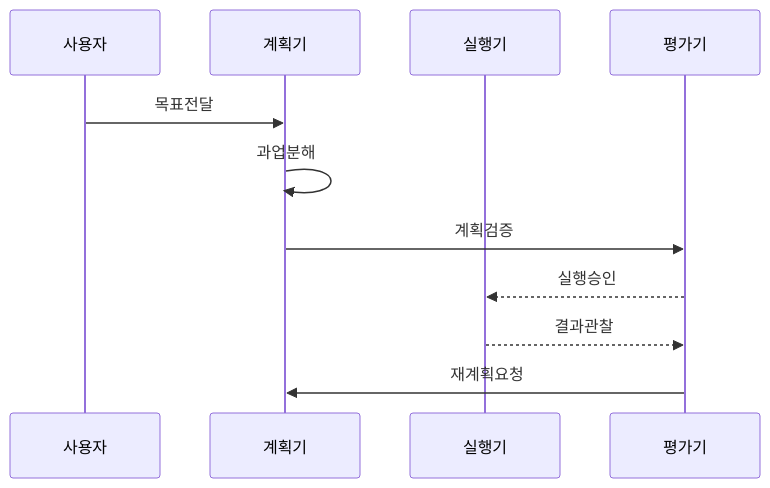
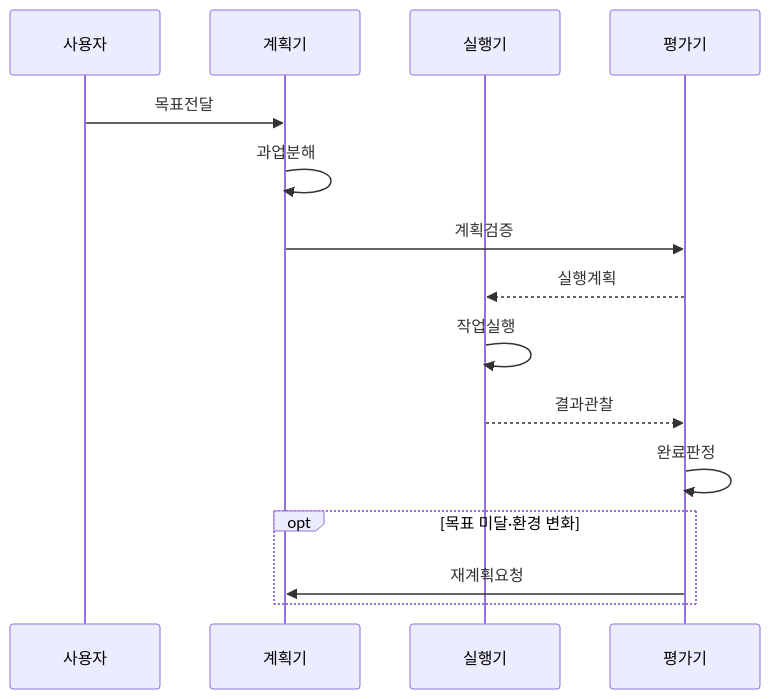
One commit to agnusdei1207/knowledge-base changed the second of 2 diagrams in src/content/docs/notes/08-latest-tech/015_agent_planning.md. Above: the diagram before and after it, drawn with Mermaid. The commit also changed other lines of this file and 31 other files, not shown here.

````diff
--- a/src/content/docs/notes/08-latest-tech/015_agent_planning.md
+++ b/src/content/docs/notes/08-latest-tech/015_agent_planning.md
@@ -86,13 +86,17 @@
 ```mermaid
 sequenceDiagram
     participant U as 사용자
     participant P as 계획기
     participant X as 실행기
     participant E as 평가기
     U->>P: 목표전달
     P->>P: 과업분해
     P->>E: 계획검증
-    E-->>X: 실행승인
+    E-->>X: 실행계획
+    X->>X: 작업실행
     X-->>E: 결과관찰
-    E->>P: 재계획요청
+    E->>E: 완료판정
+    opt 목표 미달·환경 변화
+        E->>P: 재계획요청
+    end
 ```
````
